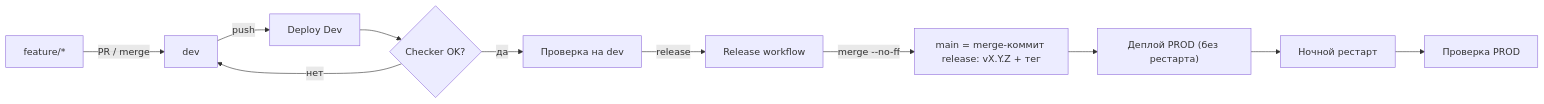
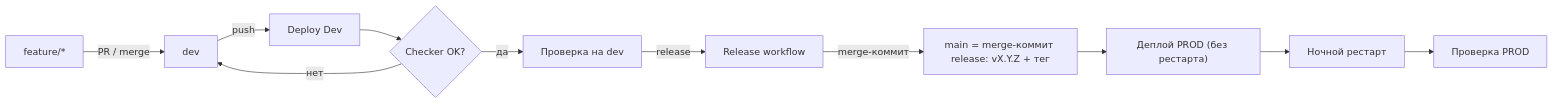
The first of 2 diagrams in README.md (sednith/MinequestServerSource), drawn with Mermaid before and after one commit. The commit also changed other lines of this file and 1 other file, not shown here.

Commit message:
fix: release.yml при грязном рабочем дереве [no-changelog]

````diff
--- a/README.md
+++ b/README.md
@@ -613,13 +616,13 @@
 ```mermaid
 flowchart LR
     A["feature/*"] -->|"PR / merge"| B["dev"]
     B -->|"push"| C["Deploy Dev"]
     C --> D{"Checker OK?"}
     D -->|"нет"| B
     D -->|"да"| E["Проверка на dev"]
     E -->|"release"| F["Release workflow"]
-    F -->|"merge --no-ff"| G["main = merge-коммит release: vX.Y.Z + тег"]
+    F -->|"merge-коммит"| G["main = merge-коммит release: vX.Y.Z + тег"]
     G --> H["Деплой PROD (без рестарта)"]
     H --> I["Ночной рестарт"]
     I --> J["Проверка PROD"]
 ```
````
